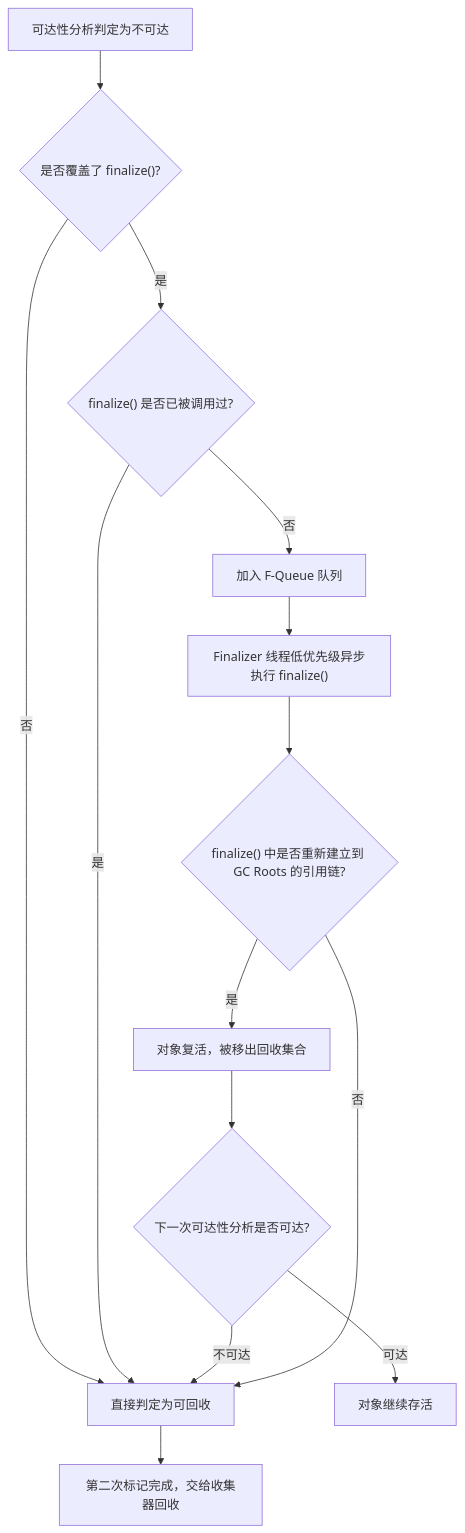
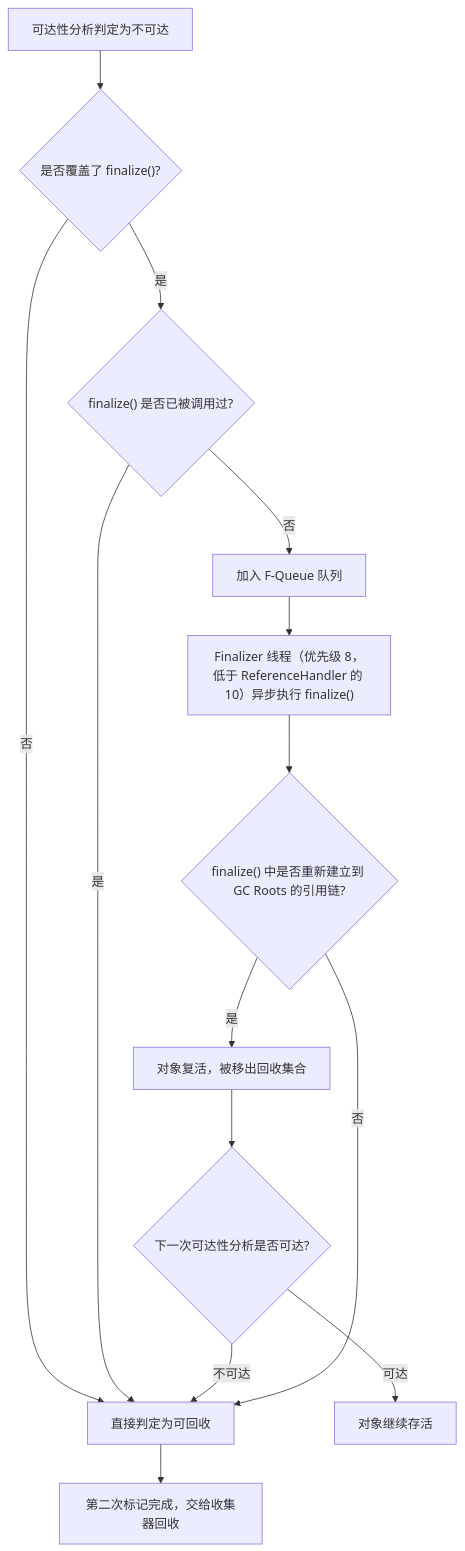
Before and after one commit to jacketan/java-interview: the first of 15 diagrams in 03-jvm/02-垃圾回收与GC调优.md, drawn with Mermaid. The commit also changed other lines of this file and 38 other files, not shown here.

````diff
--- a/03-jvm/02-垃圾回收与GC调优.md
+++ b/03-jvm/02-垃圾回收与GC调优.md
@@ -74,16 +74,16 @@
 ```mermaid
 flowchart TD
   A["可达性分析判定为不可达"] --> B{"是否覆盖了 finalize()?"}
   B -->|"否"| Z["直接判定为可回收"]
   B -->|"是"| C{"finalize() 是否已被调用过?"}
   C -->|"是"| Z
   C -->|"否"| D["加入 F-Queue 队列"]
-  D --> E["Finalizer 线程低优先级异步执行 finalize()"]
+  D --> E["Finalizer 线程（优先级 8，低于 ReferenceHandler 的 10）异步执行 finalize()"]
   E --> F{"finalize() 中是否重新建立到 GC Roots 的引用链?"}
   F -->|"是"| G["对象复活，被移出回收集合"]
   G --> H{"下一次可达性分析是否可达?"}
   H -->|"可达"| I["对象继续存活"]
   H -->|"不可达"| Z
   F -->|"否"| Z
   Z --> Y["第二次标记完成，交给收集器回收"]
 ```
````
